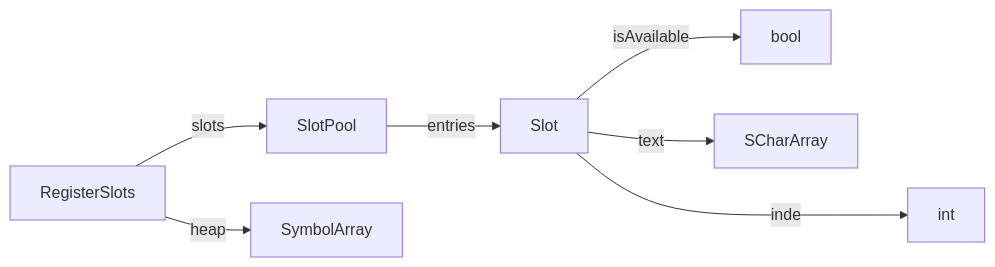
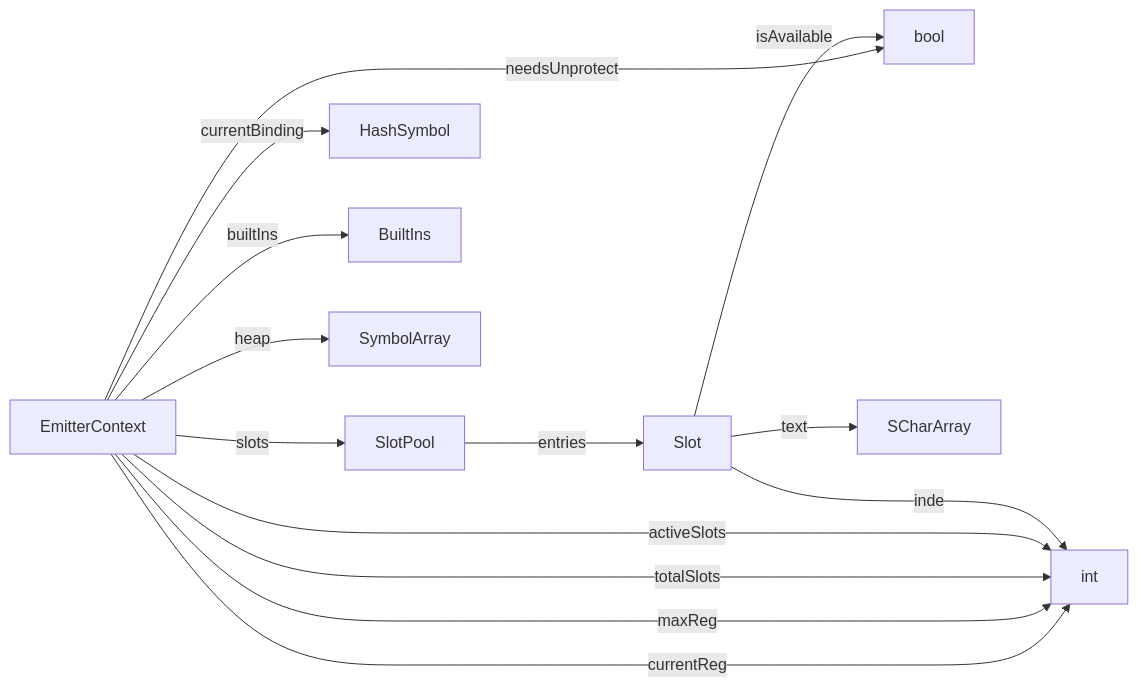
The diagram in docs/generated/emit.md (billhails/CEKF), drawn with Mermaid before and after one commit. The commit also changed 8 other files, not shown here.

````diff
--- a/docs/generated/emit.md
+++ b/docs/generated/emit.md
@@ -5,9 +5,16 @@
 ```mermaid
 flowchart LR
 SlotPool --entries--> Slot
 Slot --isAvailable--> bool
 Slot --text--> SCharArray
 Slot --index--> int
-RegisterSlots --slots--> SlotPool
-RegisterSlots --heap--> SymbolArray
+EmitterContext --currentBinding--> HashSymbol
+EmitterContext --builtIns--> BuiltIns
+EmitterContext --slots--> SlotPool
+EmitterContext --heap--> SymbolArray
+EmitterContext --activeSlots--> int
+EmitterContext --totalSlots--> int
+EmitterContext --maxReg--> int
+EmitterContext --currentReg--> int
+EmitterContext --needsUnprotect--> bool
 ```
````
